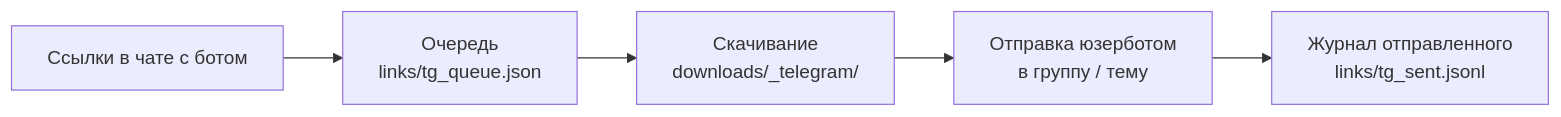
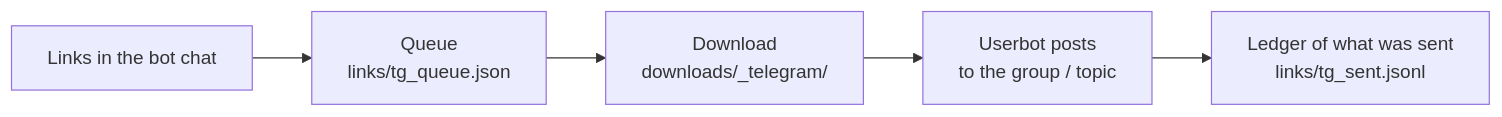
The second of 2 diagrams in README.md (soroka01/EromeDownloader), drawn with Mermaid before and after one commit. The commit also changed other lines of this file and 2 other files, not shown here.

````diff
--- a/README.md
+++ b/README.md
@@ -187,7 +187,7 @@
 ```mermaid
 flowchart LR
-    U["Ссылки в чате с ботом"] --> Q["Очередь<br/>links/tg_queue.json"]
-    Q --> D["Скачивание<br/>downloads/_telegram/"]
-    D --> S["Отправка юзерботом<br/>в группу / тему"]
-    S --> L["Журнал отправленного<br/>links/tg_sent.jsonl"]
+    U["Links in the bot chat"] --> Q["Queue<br/>links/tg_queue.json"]
+    Q --> D["Download<br/>downloads/_telegram/"]
+    D --> S["Userbot posts<br/>to the group / topic"]
+    S --> L["Ledger of what was sent<br/>links/tg_sent.jsonl"]
 ```
````
